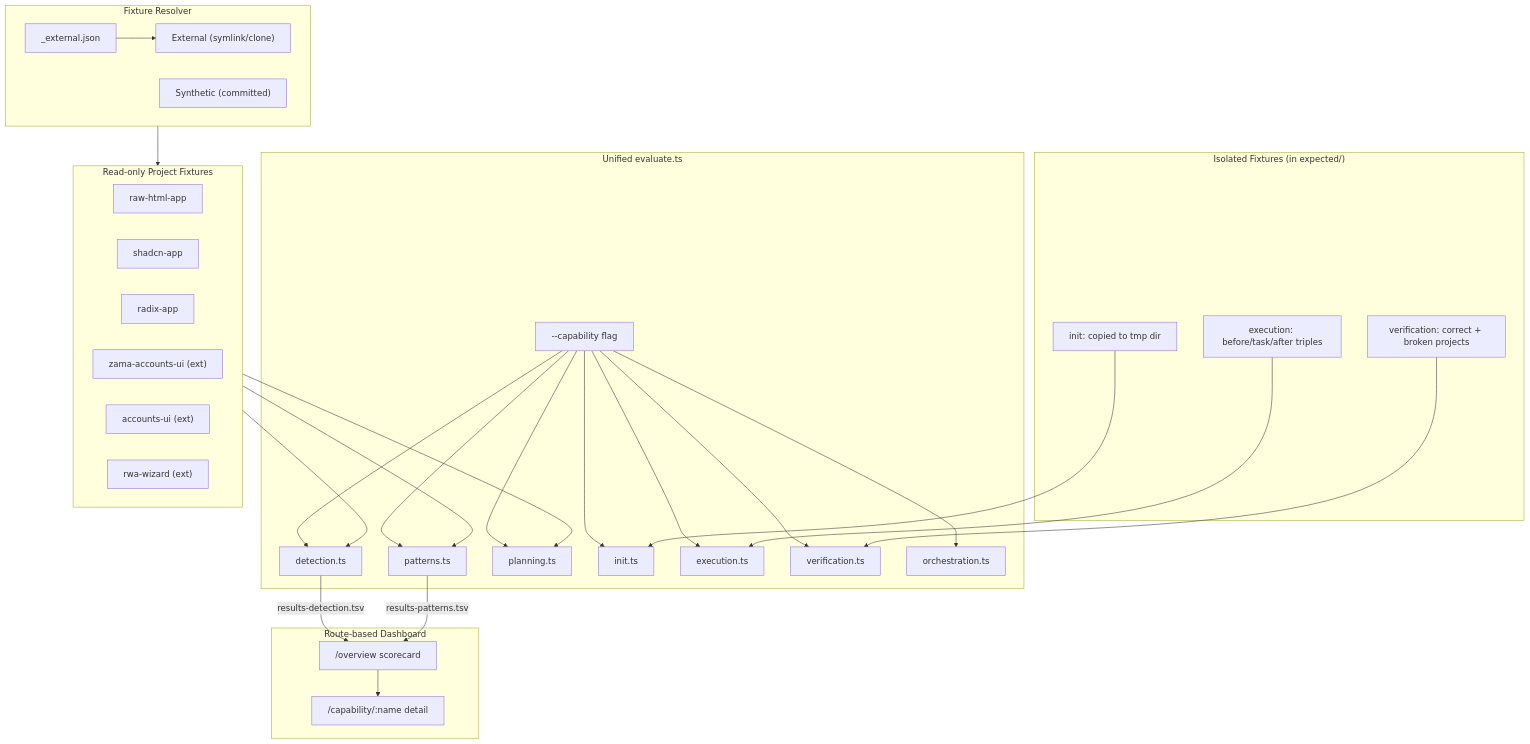
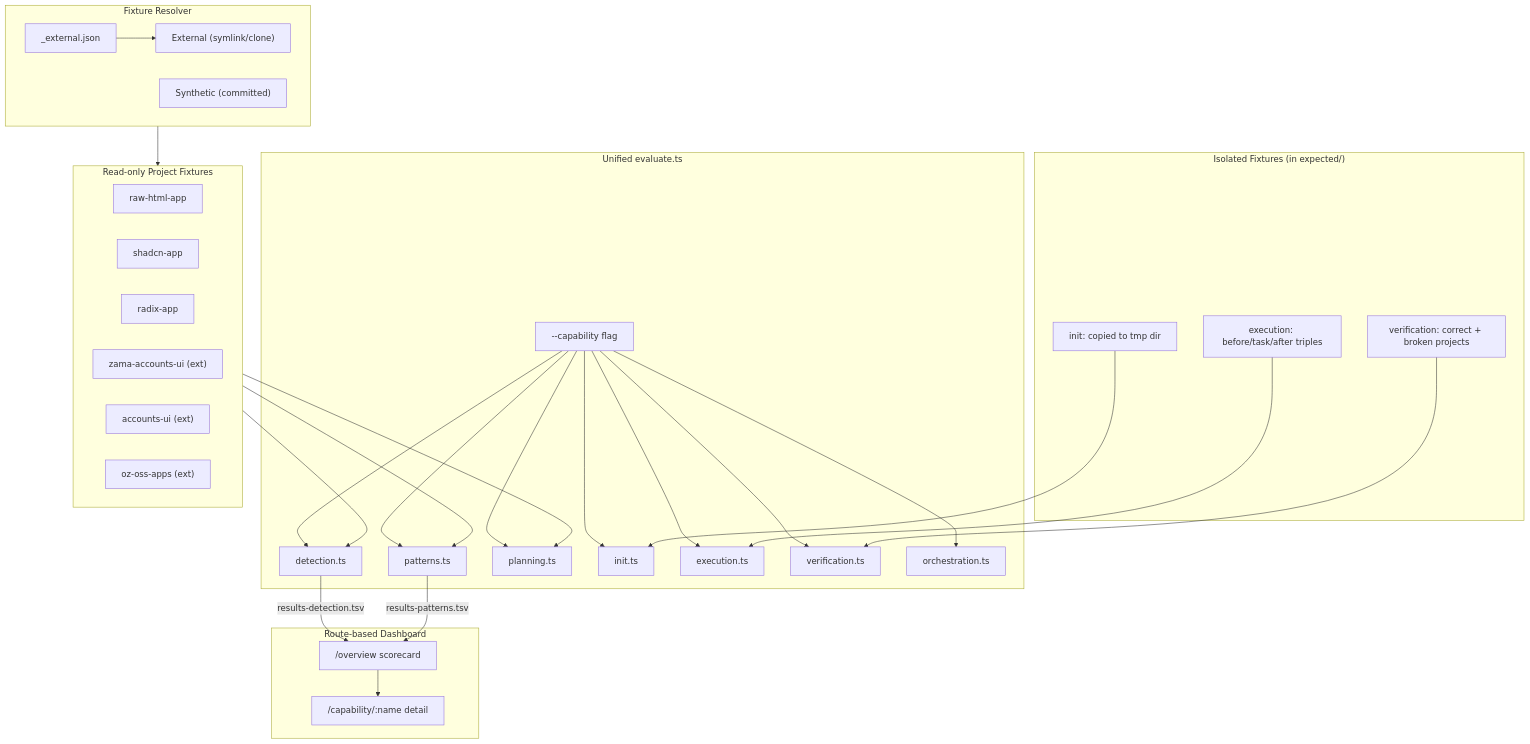
The diagram in packages/cli/autoresearch/README.md (OpenZeppelin/openzeppelin-ui), drawn with Mermaid before and after one commit. The commit also changed other lines of this file and 11 other files, not shown here.

First line of the commit message:
feat(common): point autoresearch at full oz-oss-apps monorepo

````diff
--- a/packages/cli/autoresearch/README.md
+++ b/packages/cli/autoresearch/README.md
@@ -23,53 +23,53 @@
 ```mermaid
 flowchart TB
     subgraph eval ["Unified evaluate.ts"]
         flag["--capability flag"]
         flag --> det["detection.ts"]
         flag --> pat["patterns.ts"]
         flag --> plan["planning.ts"]
         flag --> ini["init.ts"]
         flag --> exec["execution.ts"]
         flag --> ver["verification.ts"]
         flag --> orch["orchestration.ts"]
     end
 
     subgraph resolver ["Fixture Resolver"]
         manifest["_external.json"]
         synthetic["Synthetic (committed)"]
         external["External (symlink/clone)"]
         manifest --> external
     end
 
     subgraph shared ["Read-only Project Fixtures"]
         raw["raw-html-app"]
         shd["shadcn-app"]
         rad["radix-app"]
         zam["zama-accounts-ui (ext)"]
         acc["accounts-ui (ext)"]
-        rwa["rwa-wizard (ext)"]
+        oss["oz-oss-apps (ext)"]
     end
 
     resolver --> shared
     shared --> det
     shared --> pat
     shared --> plan
 
     subgraph writable ["Isolated Fixtures (in expected/)"]
         initFix["init: copied to tmp dir"]
         execFix["execution: before/task/after triples"]
         verFix["verification: correct + broken projects"]
     end
 
     initFix --> ini
     execFix --> exec
     verFix --> ver
 
     subgraph dash ["Route-based Dashboard"]
         overview["/overview scorecard"]
         detail["/capability/:name detail"]
     end
 
     det -->|"results-detection.tsv"| overview
     pat -->|"results-patterns.tsv"| overview
     overview --> detail
 ```
````
